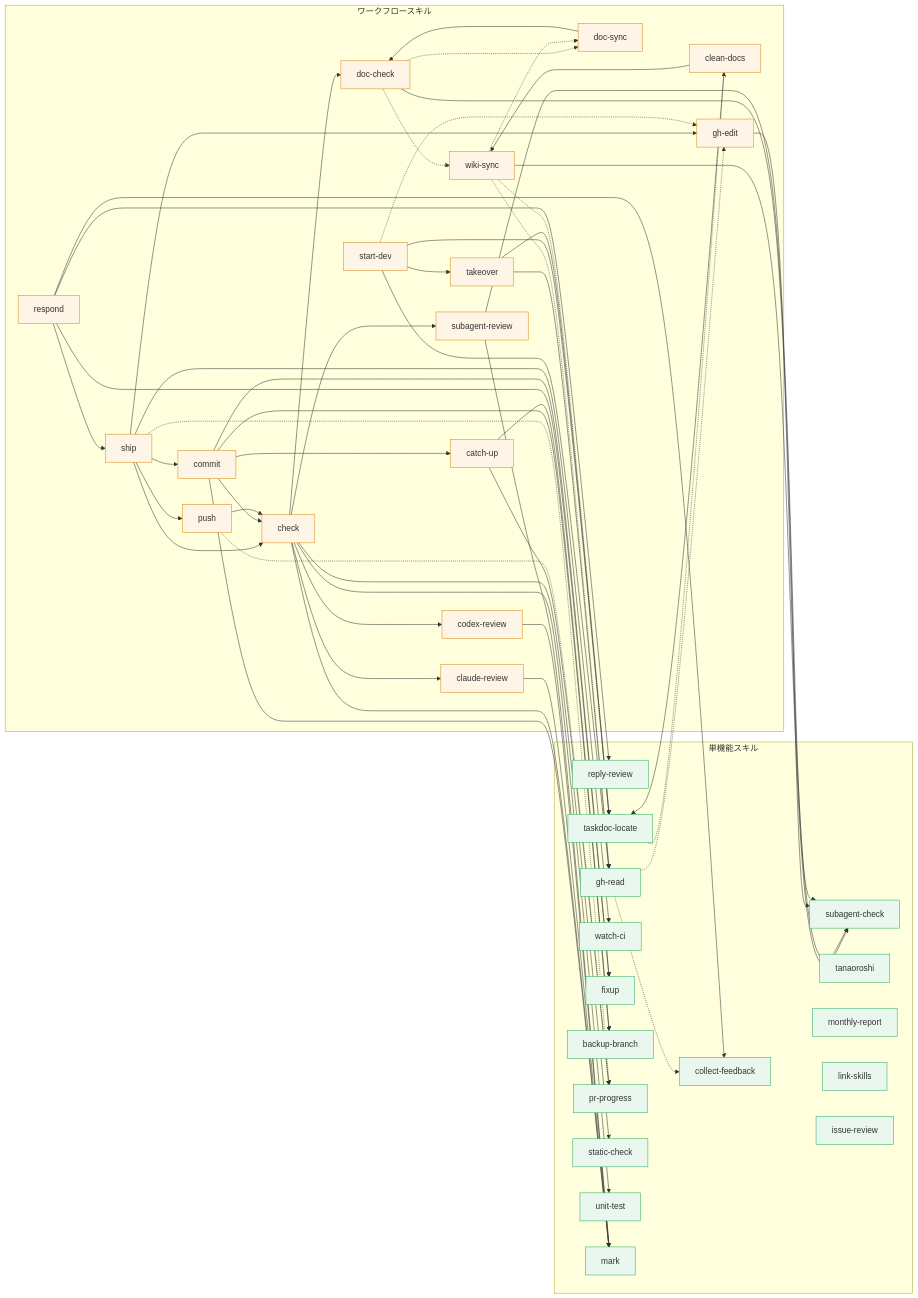
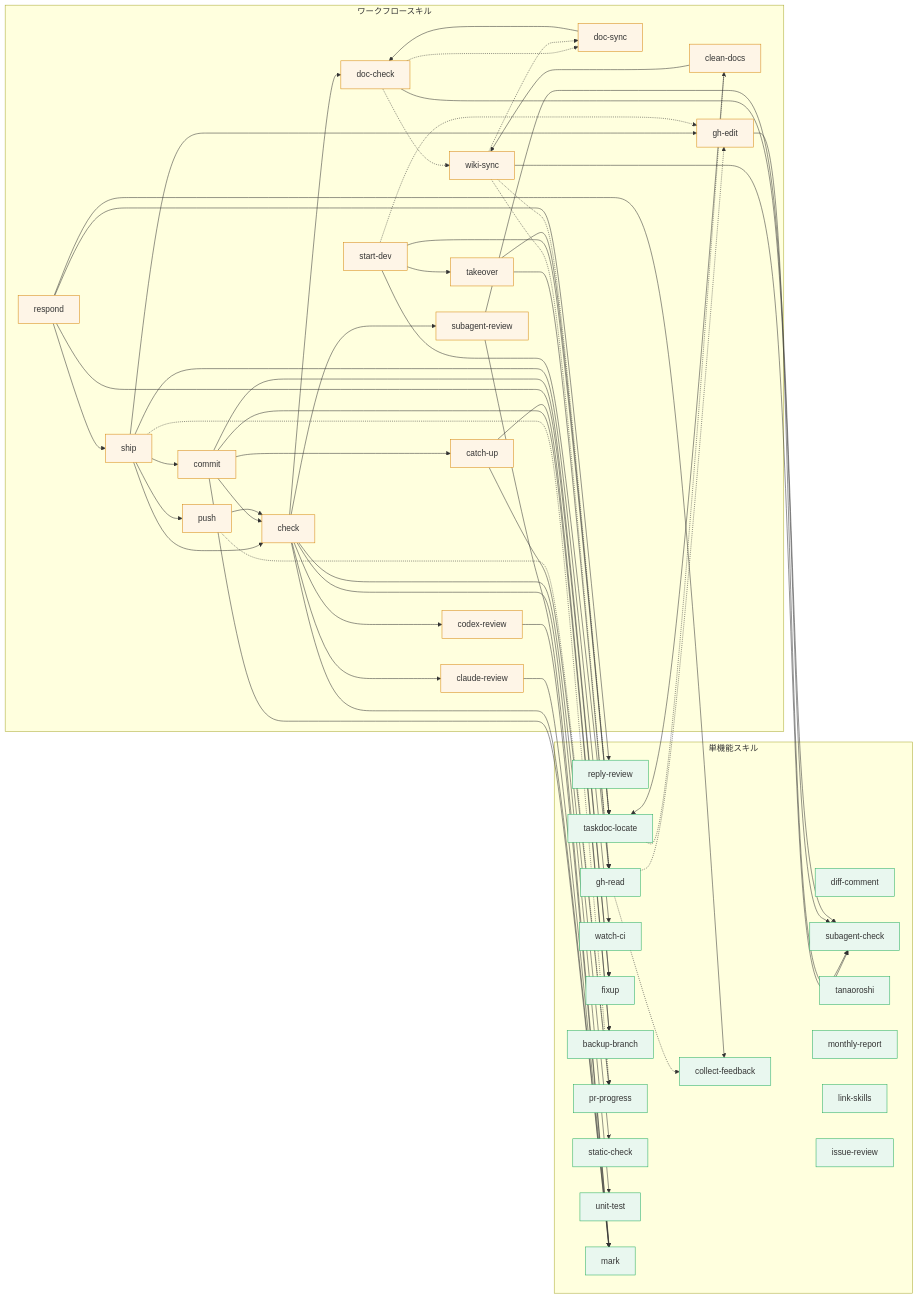
One commit to mistbind3u88/bonsai changed the second of 2 diagrams in README.md. Above: the diagram before and after it, drawn with Mermaid. The commit also changed other lines of this file and 4 other files, not shown here.

Commit message:
feat: diff-comment skill を追加する

```diff
--- a/README.md
+++ b/README.md
@@ -113,6 +126,7 @@
         watch-ci:::single
         fixup:::single
         backup-branch:::single
+        diff-comment:::single
         pr-progress:::single
         static-check:::single
         unit-test:::single
```
